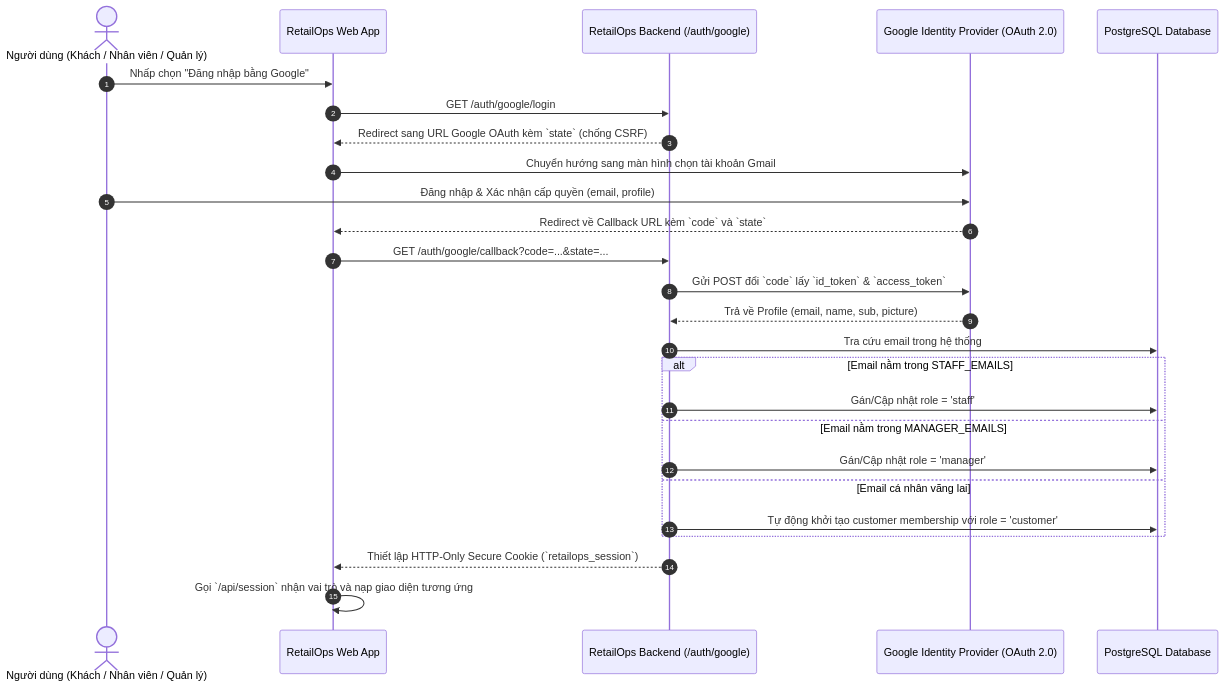
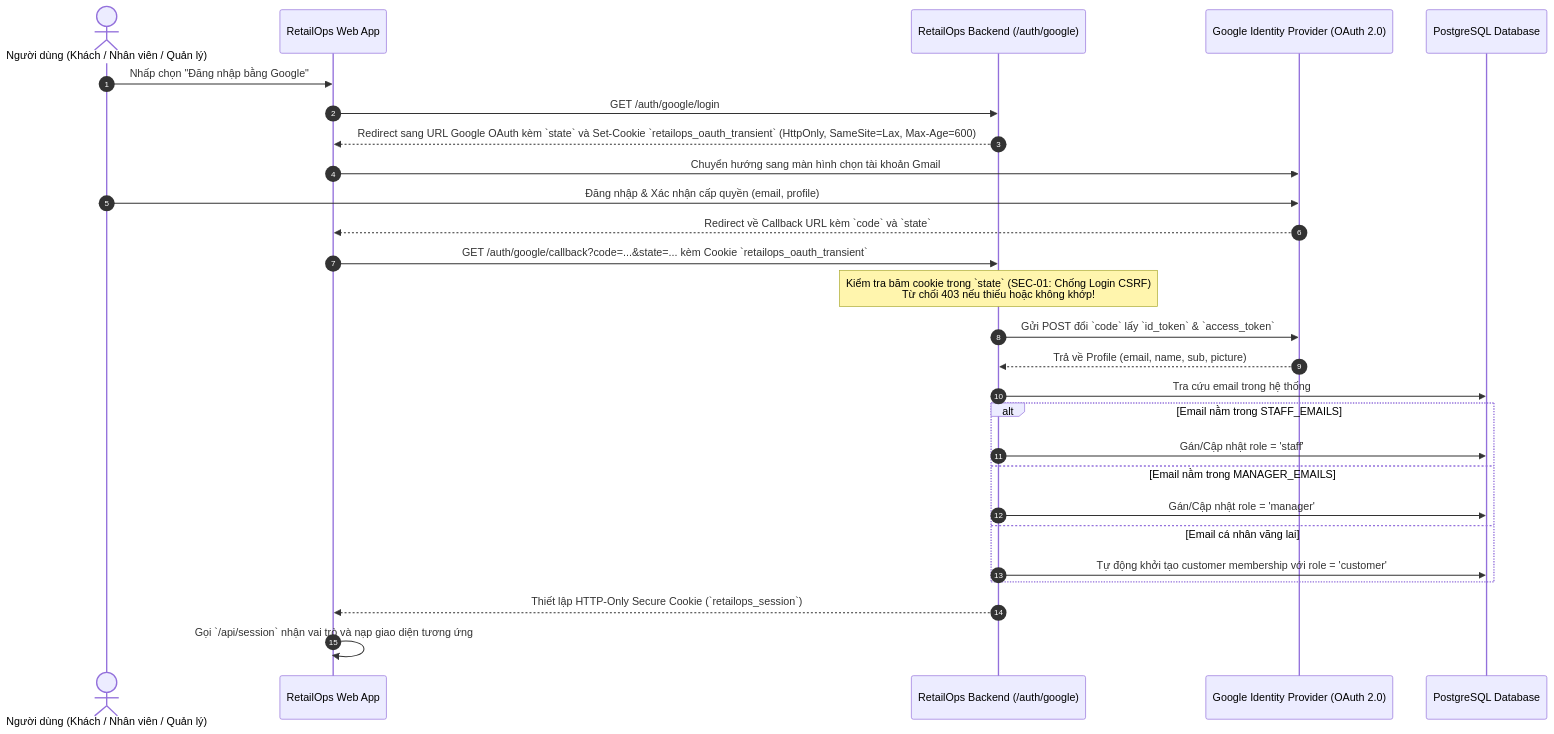
Before and after one commit to tuteemovaixlong/CSKH_ban_le: the second of 2 diagrams in docs/PLAN_RBAC_GOOGLE_AUTH.md, drawn with Mermaid. The commit also changed other lines of this file and 5 other files, not shown here.

````diff
--- a/docs/PLAN_RBAC_GOOGLE_AUTH.md
+++ b/docs/PLAN_RBAC_GOOGLE_AUTH.md
@@ -60,31 +64,32 @@
 ```mermaid
 sequenceDiagram
     autonumber
     actor User as Người dùng (Khách / Nhân viên / Quản lý)
     participant Web as RetailOps Web App
     participant Backend as RetailOps Backend (/auth/google)
     participant Google as Google Identity Provider (OAuth 2.0)
     participant DB as PostgreSQL Database
 
     User->>Web: Nhấp chọn "Đăng nhập bằng Google"
     Web->>Backend: GET /auth/google/login
-    Backend-->>Web: Redirect sang URL Google OAuth kèm `state` (chống CSRF)
+    Backend-->>Web: Redirect sang URL Google OAuth kèm `state` và Set-Cookie `retailops_oauth_transient` (HttpOnly, SameSite=Lax, Max-Age=600)
     Web->>Google: Chuyển hướng sang màn hình chọn tài khoản Gmail
     User->>Google: Đăng nhập & Xác nhận cấp quyền (email, profile)
     Google-->>Web: Redirect về Callback URL kèm `code` và `state`
-    Web->>Backend: GET /auth/google/callback?code=...&state=...
+    Web->>Backend: GET /auth/google/callback?code=...&state=... kèm Cookie `retailops_oauth_transient`
+    Note over Backend: Kiểm tra băm cookie trong `state` (SEC-01: Chống Login CSRF)<br/>Từ chối 403 nếu thiếu hoặc không khớp!
     Backend->>Google: Gửi POST đổi `code` lấy `id_token` & `access_token`
     Google-->>Backend: Trả về Profile (email, name, sub, picture)
     
     Backend->>DB: Tra cứu email trong hệ thống
     alt Email nằm trong STAFF_EMAILS
         Backend->>DB: Gán/Cập nhật role = 'staff'
     else Email nằm trong MANAGER_EMAILS
         Backend->>DB: Gán/Cập nhật role = 'manager'
     else Email cá nhân vãng lai
         Backend->>DB: Tự động khởi tạo customer membership với role = 'customer'
     end
 
     Backend-->>Web: Thiết lập HTTP-Only Secure Cookie (`retailops_session`)
     Web->>Web: Gọi `/api/session` nhận vai trò và nạp giao diện tương ứng
 ```
````
